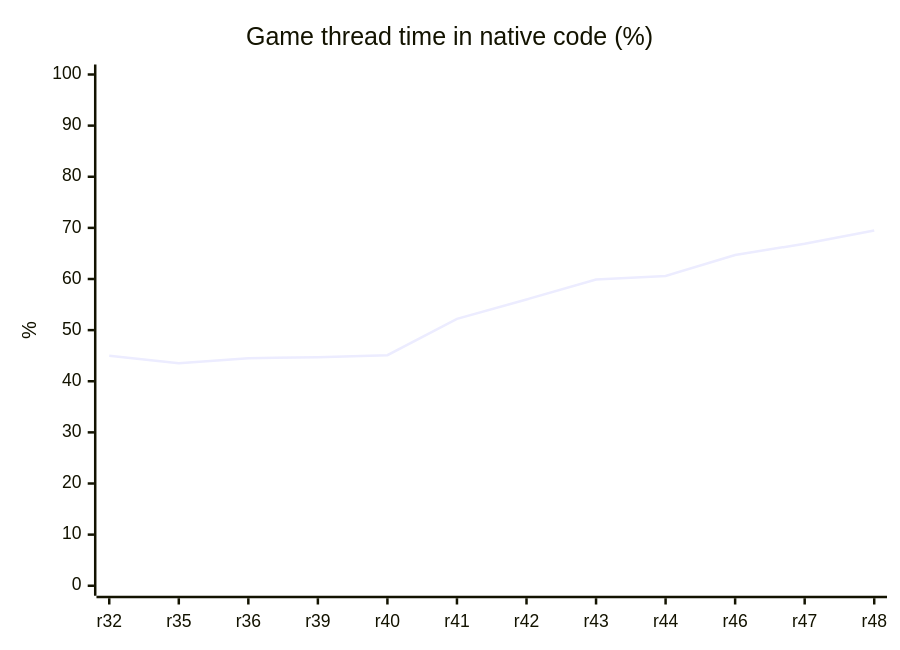
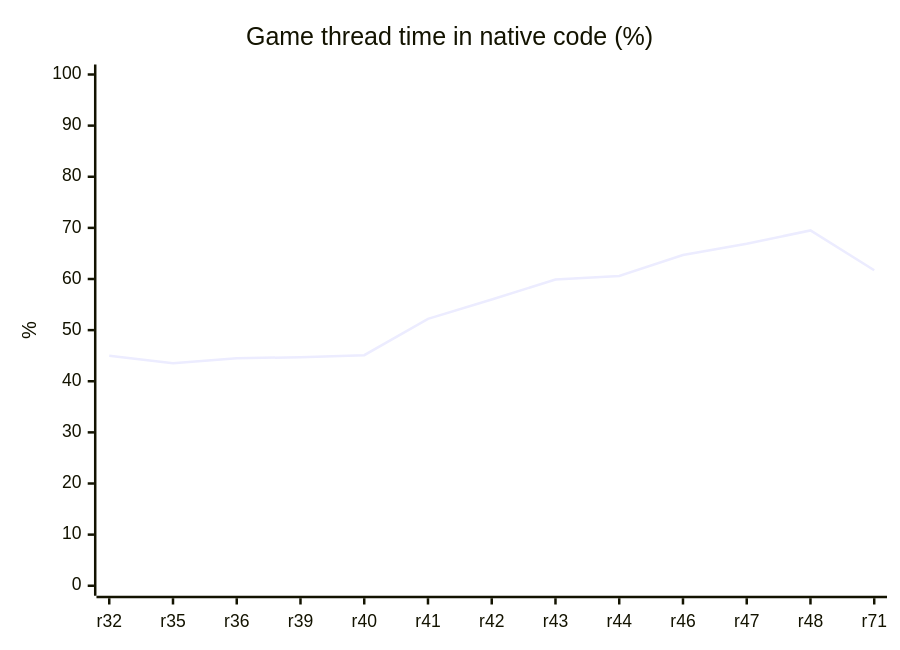
The diagram in README.md (HenryKun55/celosia), drawn with Mermaid before and after one commit. The commit also changed other lines of this file and 6 other files, not shown here.

````diff
--- a/README.md
+++ b/README.md
@@ -259,7 +260,7 @@
 ```mermaid
 xychart-beta
     title "Game thread time in native code (%)"
-    x-axis ["r32", "r35", "r36", "r39", "r40", "r41", "r42", "r43", "r44", "r46", "r47", "r48"]
+    x-axis ["r32", "r35", "r36", "r39", "r40", "r41", "r42", "r43", "r44", "r46", "r47", "r48", "r71"]
     y-axis "%" 0 --> 100
-    line [45.0, 43.5, 44.5, 44.7, 45.1, 52.2, 56.0, 59.9, 60.6, 64.7, 66.9, 69.5]
+    line [45.0, 43.5, 44.5, 44.7, 45.1, 52.2, 56.0, 59.9, 60.6, 64.7, 66.9, 69.5, 61.7]
 ```
````
